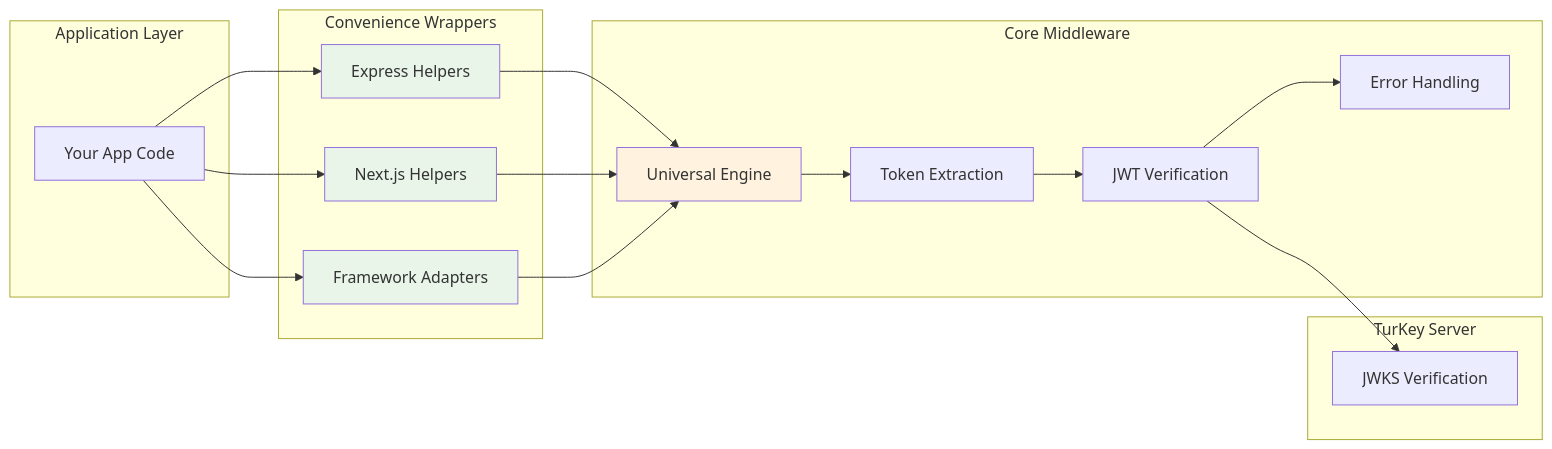
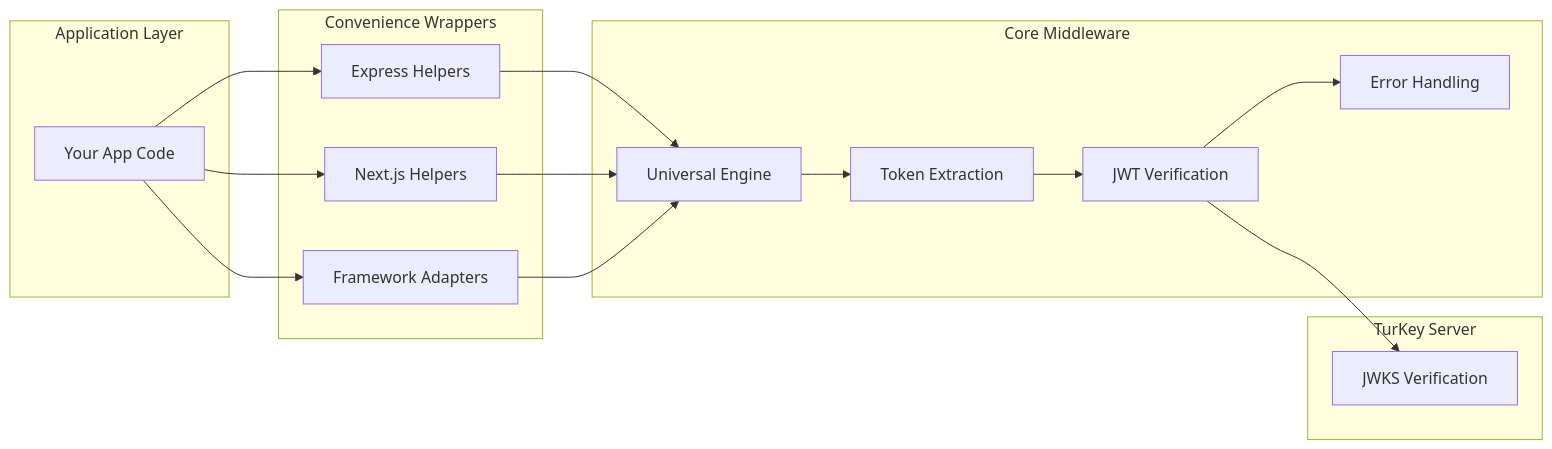
The second of 2 diagrams in README.md (jimmyjames88/turkey-sdk), drawn with Mermaid before and after one commit. The commit also changed other lines of this file and 15 other files, not shown here.

First line of the commit message:
feat: remove multi-tenancy, implement appId-based architecture

````diff
--- a/README.md
+++ b/README.md
@@ -59,39 +87,34 @@
 ```mermaid
-graph LR
-    subgraph "Application Layer"
+flowchart LR
+    subgraph app ["Application Layer"]
         A[Your App Code]
     end
 
-    subgraph "Convenience Wrappers"
+    subgraph wrappers ["Convenience Wrappers"]
         B[Express Helpers]
         C[Next.js Helpers]
         D[Framework Adapters]
     end
 
-    subgraph "Core Middleware"
+    subgraph core ["Core Middleware"]
         E[Universal Engine]
         F[Token Extraction]
         G[JWT Verification]
         H[Error Handling]
     end
 
-    subgraph "TurKey Server"
+    subgraph server ["TurKey Server"]
         I[JWKS Verification]
     end
 
     A --> B
     A --> C
     A --> D
     B --> E
     C --> E
     D --> E
     E --> F
     F --> G
     G --> H
     G --> I
-
-    style E fill:#fff3e0
-    style B fill:#e8f5e8
-    style C fill:#e8f5e8
-    style D fill:#e8f5e8
 ```
````
